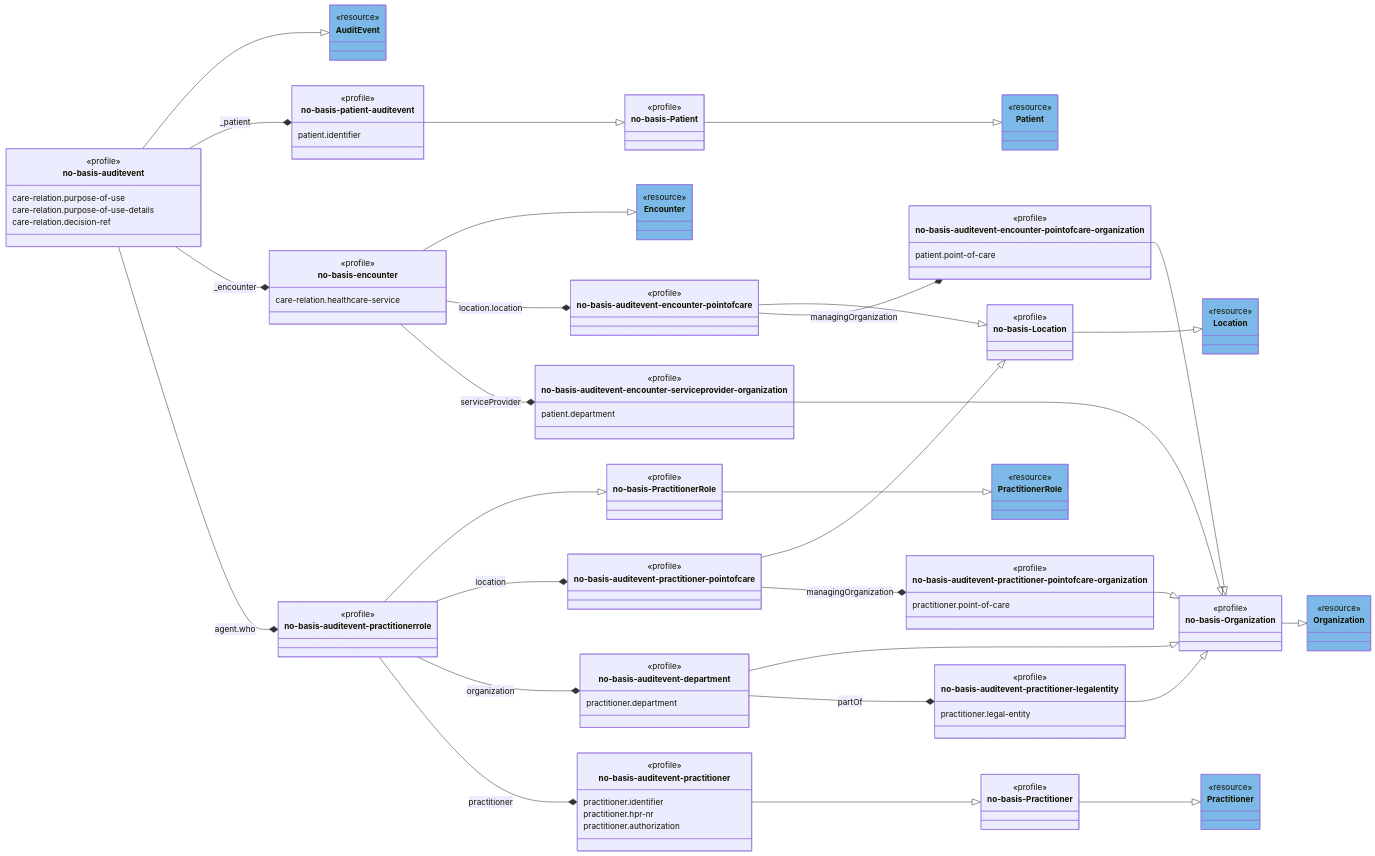
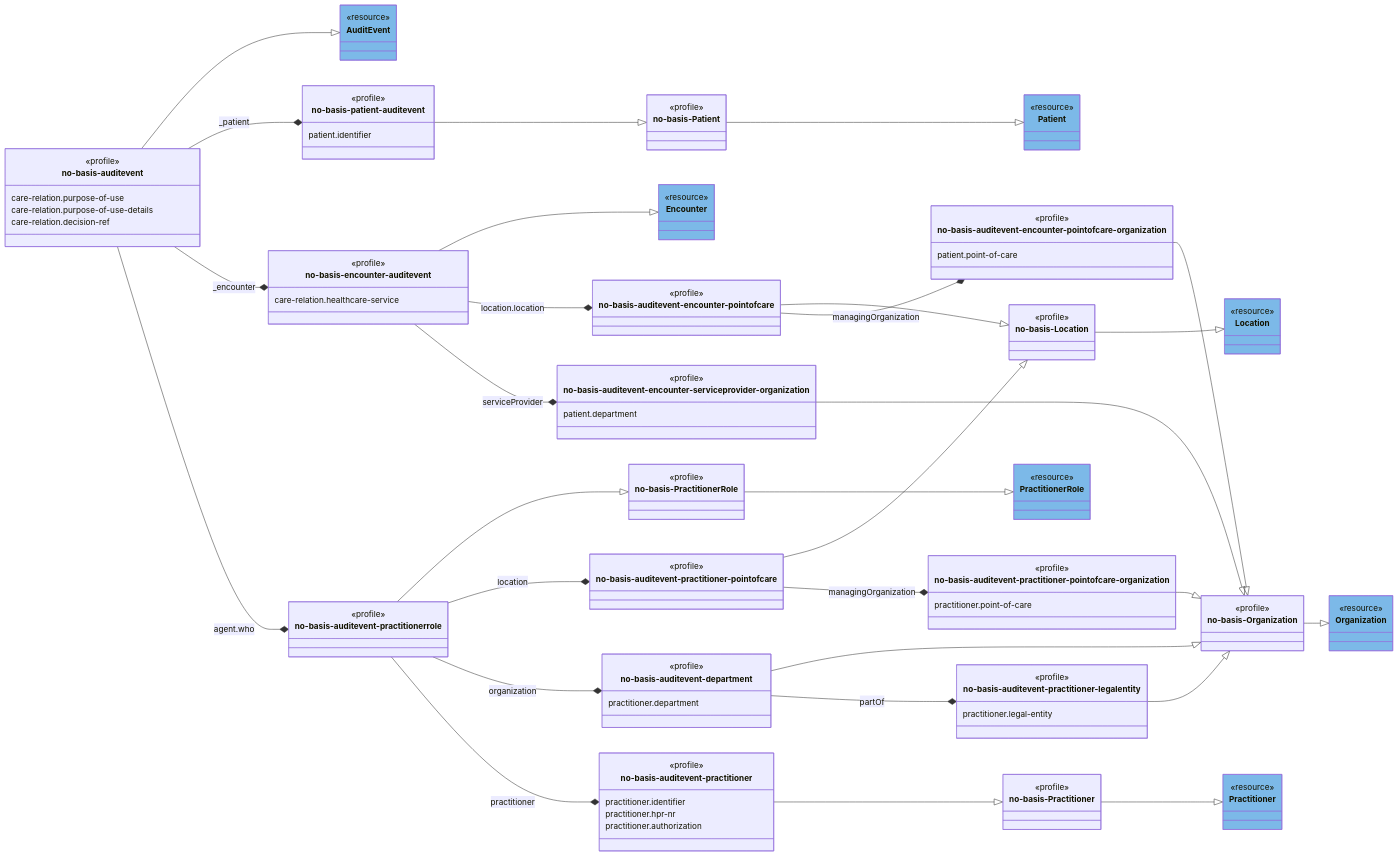
Before and after one commit to HL7Norway/AuditEvent: the diagram in AuditEvent/input/images/AuditEvent-ClassDiagram.mmd, drawn with Mermaid. The commit also changed 7 other files, not shown here.

```diff
--- a/AuditEvent/input/images/AuditEvent-ClassDiagram.mmd
+++ b/AuditEvent/input/images/AuditEvent-ClassDiagram.mmd
@@ -1,128 +1,131 @@
 classDiagram
    direction RL
    class AuditEvent { <<resource>>  }
    style AuditEvent fill:#7CB9E8
    class Practitioner { <<resource>> }
    style Practitioner fill:#7CB9E8   
    class PractitionerRole { <<resource>> }
    style PractitionerRole fill:#7CB9E8      
    class Organization { <<resource>> }
    style Organization fill:#7CB9E8         
    class Location { <<resource>> }
    style Location fill:#7CB9E8        
    class Patient { <<resource>> }
    style Patient fill:#7CB9E8           
    class Encounter { <<resource>> }
    style Encounter fill:#7CB9E8 
 
    class no-basis-Patient  {<<profile>>}
    class no-basis-Location {<<profile>>}
    class no-basis-PractitionerRole {<<profile>>}
    class no-basis-Organization {<<profile>>}
    class no-basis-Practitioner {<<profile>>}
   
                
    class no-basis-auditevent {
      <<profile>>
      care-relation.purpose-of-use
      care-relation.purpose-of-use-details
      care-relation.decision-ref     
    }
 
    class no-basis-auditevent-practitionerrole  {<<profile>>}
    class no-basis-auditevent-department { 
      <<profile>>
      practitioner.department
    }   
    class no-basis-auditevent-practitioner  {
      <<profile>>
      practitioner.identifier
      practitioner.hpr-nr
      practitioner.authorization
    }
 
    class no-basis-auditevent-practitioner-legalentity {
      <<profile>>
      practitioner.legal-entity
    }
    class no-basis-auditevent-practitioner-pointofcare {<<profile>>}
    class no-basis-auditevent-practitioner-pointofcare-organization {
      <<profile>>
      practitioner.point-of-care
    }
-   class no-basis-encounter {
+   class no-basis-encounter-auditevent {
      <<profile>>
      care-relation.healthcare-service
    }
    class no-basis-patient-auditevent {
      <<profile>>
      patient.identifier
    }
    class no-basis-auditevent-encounter-pointofcare {<<profile>>}
    class no-basis-auditevent-encounter-pointofcare-organization {
      <<profile>>
      patient.point-of-care     
    }
    class no-basis-auditevent-encounter-serviceprovider-organization {
      <<profile>>
      patient.department
    }
 
+
    AuditEvent <|-- no-basis-auditevent 
    no-basis-PractitionerRole <|-- no-basis-auditevent-practitionerrole 
    no-basis-Practitioner <|-- no-basis-auditevent-practitioner
    no-basis-Organization <|-- no-basis-auditevent-department   
    no-basis-Organization <|-- no-basis-auditevent-practitioner-legalentity
    no-basis-Organization <|-- no-basis-auditevent-encounter-pointofcare-organization
    no-basis-Organization <|-- no-basis-auditevent-practitioner-pointofcare-organization
    no-basis-Organization <|-- no-basis-auditevent-encounter-serviceprovider-organization
    no-basis-Location <|-- no-basis-auditevent-encounter-pointofcare
    no-basis-Location <|-- no-basis-auditevent-practitioner-pointofcare
    Location <|-- no-basis-Location
    no-basis-Patient <|-- no-basis-patient-auditevent
    Patient <|-- no-basis-Patient
-   Encounter <|-- no-basis-encounter
+   Encounter <|-- no-basis-encounter-auditevent
    PractitionerRole <|-- no-basis-PractitionerRole
    Organization <|-- no-basis-Organization
    Practitioner <|--  no-basis-Practitioner
+  
+   
 
 
     no-basis-auditevent-practitioner-pointofcare-organization *-- no-basis-auditevent-practitioner-pointofcare : managingOrganization
     no-basis-auditevent-practitioner-legalentity *-- no-basis-auditevent-department : partOf
-    no-basis-auditevent-encounter-pointofcare *-- no-basis-encounter : location.location
-    no-basis-auditevent-encounter-serviceprovider-organization *-- no-basis-encounter: serviceProvider
+    no-basis-auditevent-encounter-pointofcare *-- no-basis-encounter-auditevent : location.location
+    no-basis-auditevent-encounter-serviceprovider-organization *-- no-basis-encounter-auditevent: serviceProvider
     no-basis-auditevent-encounter-pointofcare-organization *-- no-basis-auditevent-encounter-pointofcare : managingOrganization
     no-basis-auditevent-practitioner-pointofcare *-- no-basis-auditevent-practitionerrole  : location
     no-basis-auditevent-department *-- no-basis-auditevent-practitionerrole  : organization
     no-basis-auditevent-practitioner *-- no-basis-auditevent-practitionerrole  : practitioner
     no-basis-patient-auditevent *-- no-basis-auditevent  : _patient
-    no-basis-encounter *-- no-basis-auditevent  : _encounter
+    no-basis-encounter-auditevent *-- no-basis-auditevent  : _encounter
     no-basis-auditevent-practitionerrole  *-- no-basis-auditevent  : agent.who
     
    
 
     link AuditEvent "https://hl7.org/fhir/R4/auditevent.html" 
     link Practitioner "https://hl7.org/fhir/R4/practitioner.html" 
     link PractitionerRole "https://hl7.org/fhir/R4/practitionerrole.html" 
     link Organization "https://hl7.org/fhir/R4/organization.html" 
     link Location "https://hl7.org/fhir/R4/location.html" 
     link Patient  "https://hl7.org/fhir/R4/patient.html" 
     link Encounter "https://hl7.org/fhir/R4/encounter.html" 
 
     link no-basis-auditevent "StructureDefinition-no-basis-auditevent.html"
     link no-basis-auditevent-practitionerrole  "StructureDefinition-AuditEventNorwayPractitionerRole.html"
     link no-basis-auditevent-department "StructureDefinition-AuditEventNorwayPractitionerDepartment.html"
     link no-basis-auditevent-practitioner "StructureDefinition-AuditEventNorwayPractitioner.html"
     link no-basis-auditevent-practitioner-legalentity "StructureDefinition-AuditEventNorwayPractitionerLegalEntity.html"
     link no-basis-auditevent-practitioner-pointofcare "StructureDefinition-AuditEventNorwayPractitionerPointOfCare.html"
     link no-basis-auditevent-practitioner-pointofcare-organization "StructureDefinition-AuditEventNorwayPractitionerPointOfCareOrganization.html"
-    link no-basis-encounter "StructureDefinition-AuditEventNorwayEncounter.html"
-    link no-basis-patient-auditevent "StructureDefinition-AuditEventNorwayPatient.html"
+    link no-basis-encounter-auditevent "StructureDefinition-no-basis-encounter-auditevent.html"
+    link no-basis-patient-auditevent "StructureDefinition-no-basis-patient-auditevent.html"
     link no-basis-auditevent-encounter-pointofcare "StructureDefinition-AuditEventNorwayEncounterPointOfCare.html"
     link no-basis-auditevent-encounter-pointofcare-organization "StructureDefinition-AuditEventNorwayEncounterPointOfCareOrganization.html"
     link no-basis-auditevent-encounter-serviceprovider-organization "StructureDefinition-AuditEventNorwayEncounterServiceProviderOrganization.html"
     link no-basis-Patient "https://simplifier.net/hl7norwayno-basis/nobasispatient"
     link no-basis-Location "https://simplifier.net/hl7norwayno-basis/nobasislocation"
     link no-basis-PractitionerRole "https://simplifier.net/hl7norwayno-basis/nobasispractitionerrole"
     link no-basis-Organization "https://simplifier.net/hl7norwayno-basis/nobasisorganization"
     link no-basis-Practitioner "https://simplifier.net/hl7norwayno-basis/nobasispractitioner"
```
